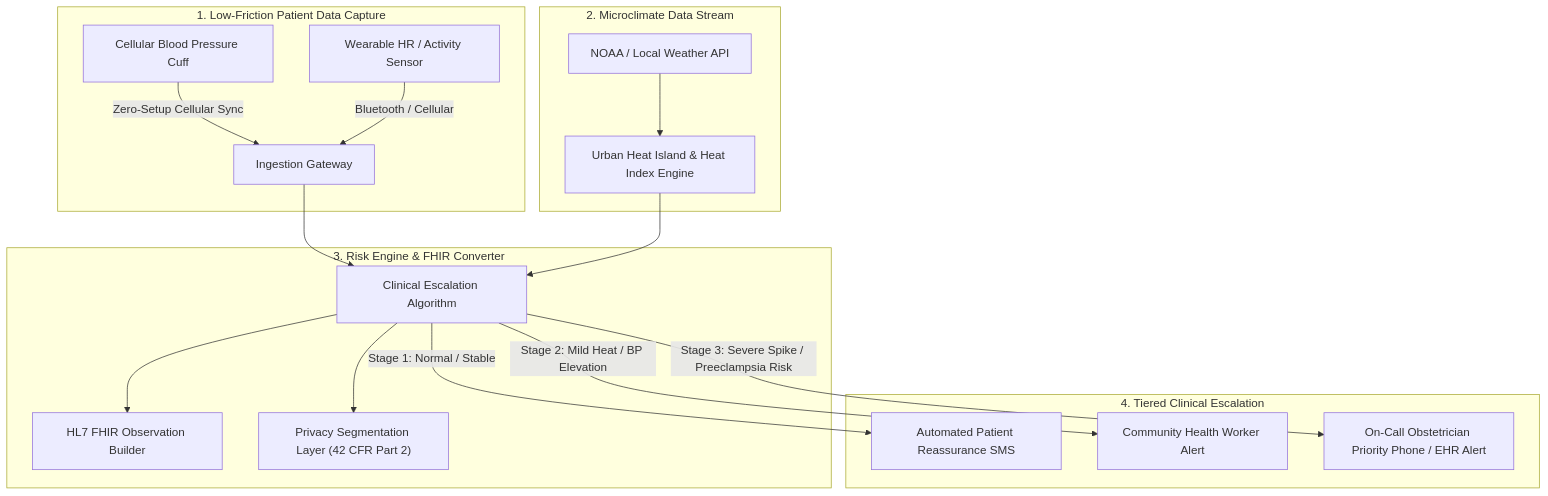
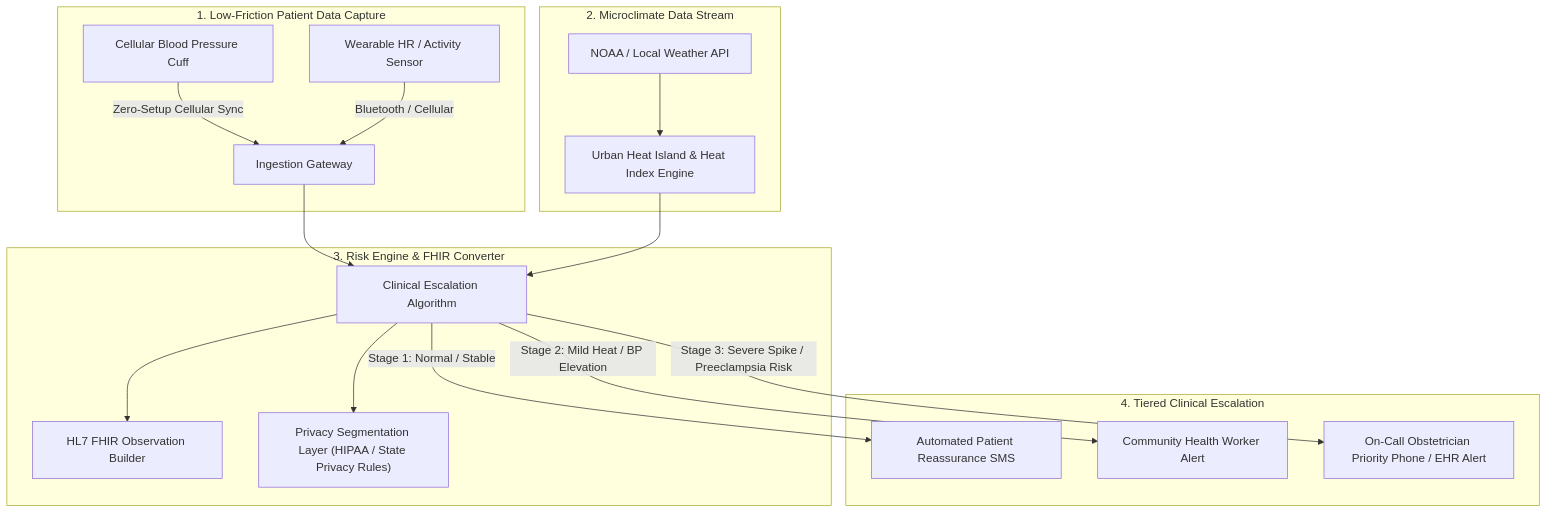
The diagram in content/projects/project-lullaby/index.md (soroushdty/soroushdty.github.io), drawn with Mermaid before and after one commit. The commit also changed 14 other files, not shown here.

````diff
--- a/content/projects/project-lullaby/index.md
+++ b/content/projects/project-lullaby/index.md
@@ -58,23 +58,23 @@
 ```mermaid
 flowchart TD
     subgraph Patient ["1. Low-Friction Patient Data Capture"]
         A["Cellular Blood Pressure Cuff"] -->|Zero-Setup Cellular Sync| B["Ingestion Gateway"]
         C["Wearable HR / Activity Sensor"] -->|Bluetooth / Cellular| B
     end
 
     subgraph Environmental ["2. Microclimate Data Stream"]
         D["NOAA / Local Weather API"] --> E["Urban Heat Island & Heat Index Engine"]
     end
 
     subgraph Processing ["3. Risk Engine & FHIR Converter"]
         B & E --> F["Clinical Escalation Algorithm"]
         F --> G["HL7 FHIR Observation Builder"]
-        F --> H["Privacy Segmentation Layer (42 CFR Part 2)"]
+        F --> H["Privacy Segmentation Layer (HIPAA / State Privacy Rules)"]
     end
 
     subgraph Action ["4. Tiered Clinical Escalation"]
         F -->|Stage 1: Normal / Stable| I["Automated Patient Reassurance SMS"]
         F -->|Stage 2: Mild Heat / BP Elevation| J["Community Health Worker Alert"]
         F -->|Stage 3: Severe Spike / Preeclampsia Risk| K["On-Call Obstetrician Priority Phone / EHR Alert"]
     end
 ```
````
